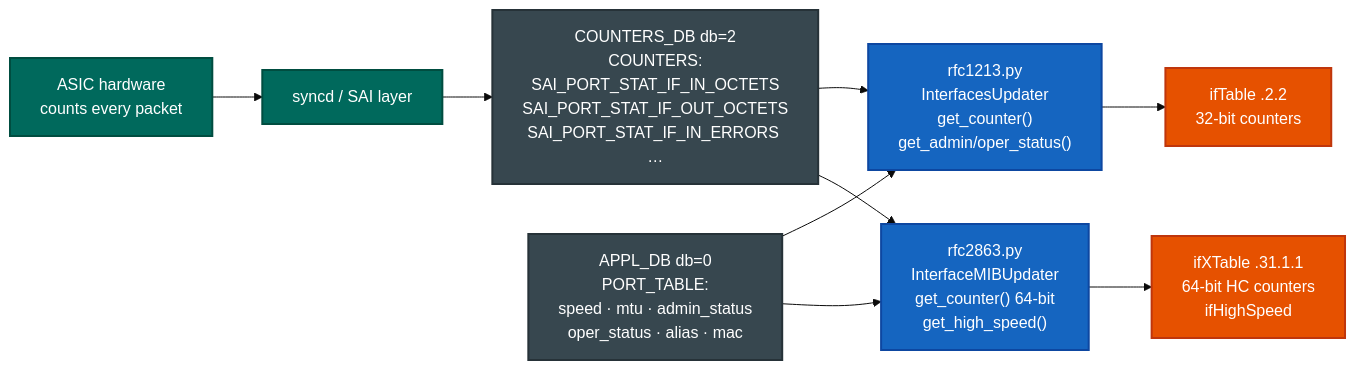
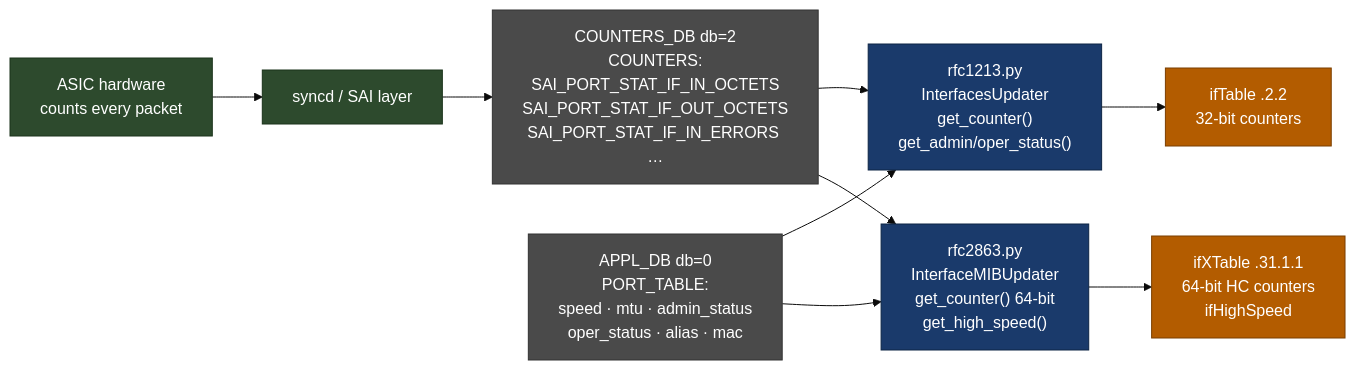
Before and after one commit to thongal-upscale/sonic-snmpagent: the seventh of 17 diagrams in docs/nms_compliance_gaps.md, drawn with Mermaid (base theme). The commit also changed other lines of this file, not shown here.

Commit message:
docs: address review — MD040 code fences, hyphen, entity gap numbering

````diff
--- a/docs/nms_compliance_gaps.md
+++ b/docs/nms_compliance_gaps.md
@@ -502,22 +502,22 @@
 ```mermaid
 graph LR
-    classDef hw   fill:#00695C,color:#fff,stroke:#004D40,stroke-width:2px
-    classDef db   fill:#37474F,color:#fff,stroke:#263238,stroke-width:2px
-    classDef code fill:#1565C0,color:#fff,stroke:#0D47A1,stroke-width:2px
-    classDef oid  fill:#E65100,color:#fff,stroke:#BF360C,stroke-width:2px
+    classDef hw   fill:#2d4a2d,color:#fff,stroke:#1a331a
+    classDef db   fill:#4a4a4a,color:#fff,stroke:#333
+    classDef code fill:#1a3a6b,color:#fff,stroke:#0d2545
+    classDef oid  fill:#b35c00,color:#fff,stroke:#7a3f00
 
     ASIC["ASIC hardware\ncounts every packet"]:::hw
     SAI["syncd / SAI layer"]:::hw
     CNT["COUNTERS_DB db=2\nCOUNTERS:<port_oid>\nSAI_PORT_STAT_IF_IN_OCTETS\nSAI_PORT_STAT_IF_OUT_OCTETS\nSAI_PORT_STAT_IF_IN_ERRORS …"]:::db
     APPL["APPL_DB db=0\nPORT_TABLE:<name>\nspeed · mtu · admin_status\noper_status · alias · mac"]:::db
     RFC1213["rfc1213.py\nInterfacesUpdater\nget_counter()\nget_admin/oper_status()"]:::code
     RFC2863["rfc2863.py\nInterfaceMIBUpdater\nget_counter() 64-bit\nget_high_speed()"]:::code
     OID1["ifTable .2.2\n32-bit counters"]:::oid
     OID2["ifXTable .31.1.1\n64-bit HC counters\nifHighSpeed"]:::oid
 
     ASIC --> SAI --> CNT
     APPL --> RFC1213 --> OID1
     CNT  --> RFC1213
     CNT  --> RFC2863 --> OID2
     APPL --> RFC2863
 ```
````
